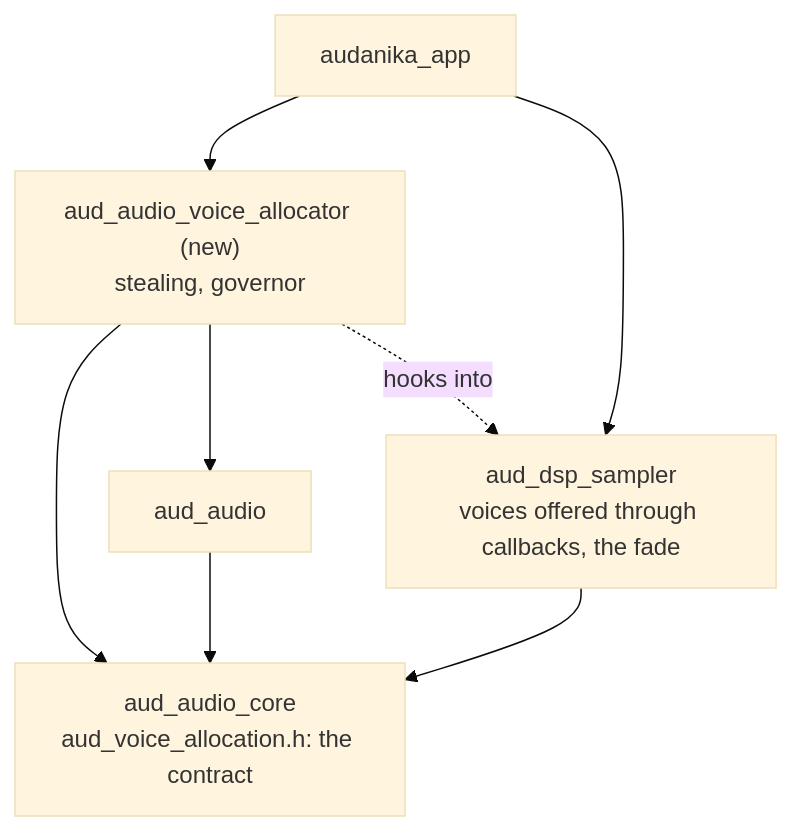
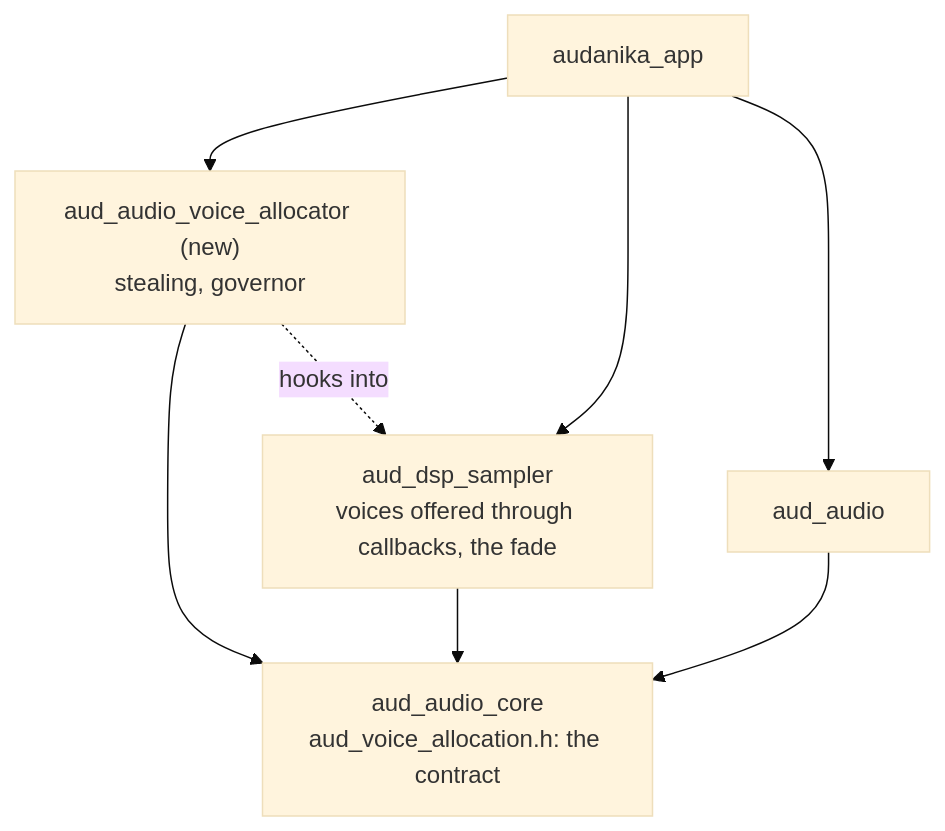
The diagram in doc/2026-Q4/tickets/2026-10-15-34-move-voice-stealing-and-the-governor-into-aud-audio-voice-allocator.md (audaudio/aud_audio_pm), drawn with Mermaid (base theme) before and after one commit. The commit also changed other lines of this file and 3 other files, not shown here.

````diff
--- a/doc/2026-Q4/tickets/2026-10-15-34-move-voice-stealing-and-the-governor-into-aud-audio-voice-allocator.md
+++ b/doc/2026-Q4/tickets/2026-10-15-34-move-voice-stealing-and-the-governor-into-aud-audio-voice-allocator.md
@@ -90,15 +98,15 @@
 ```mermaid
 flowchart TB
   core["aud_audio_core<br/>aud_voice_allocation.h: the contract"]
   alloc["aud_audio_voice_allocator (new)<br/>stealing, governor"]
   sampler["aud_dsp_sampler<br/>voices offered through callbacks, the fade"]
   audio["aud_audio"]
   app["audanika_app"]
   alloc --> core
-  alloc --> audio
   sampler --> core
   audio --> core
   app --> alloc
   app --> sampler
+  app --> audio
   alloc -. hooks into .-> sampler
 ```
````
